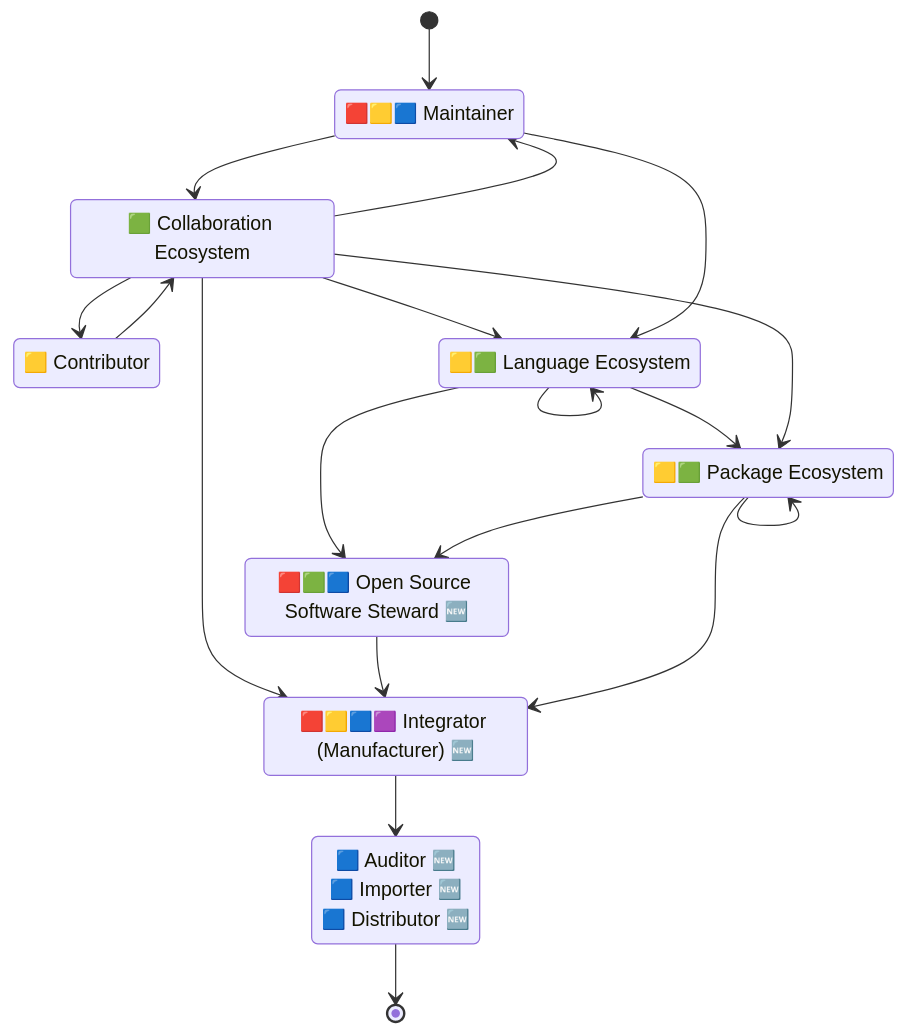
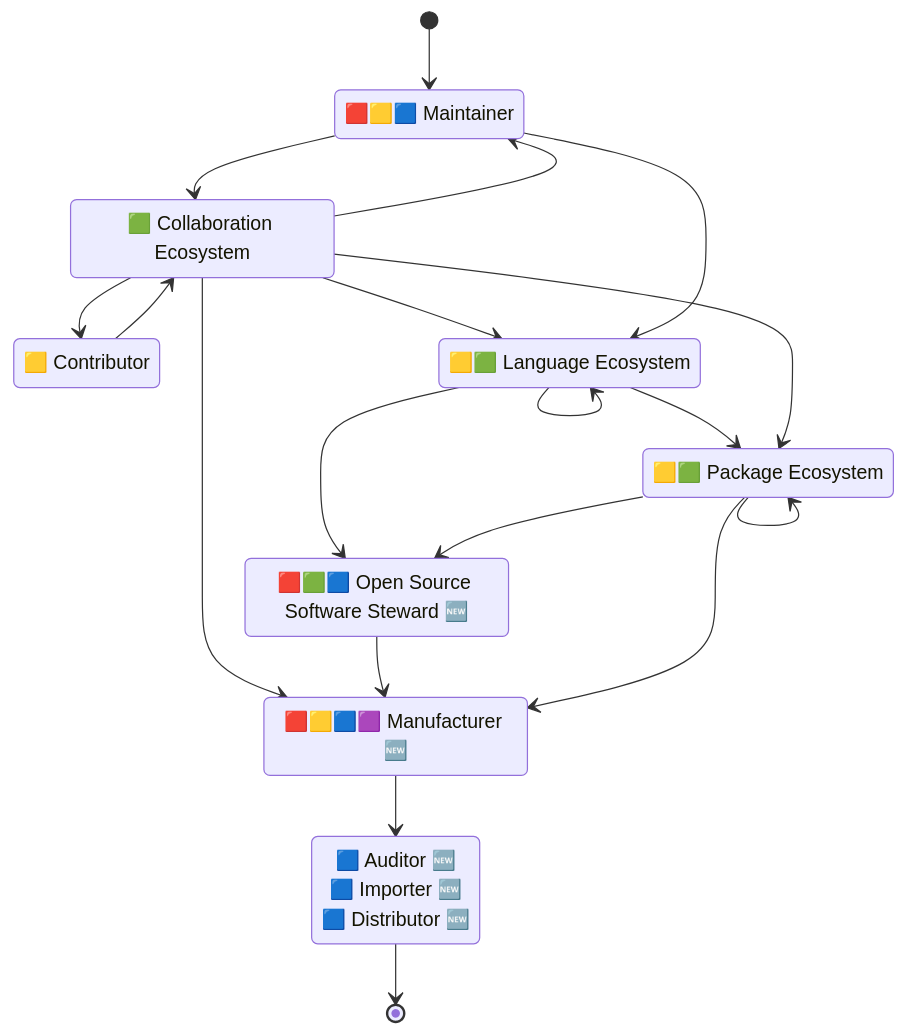
One commit to CPAN-Security/security.metacpan.org changed the second of 5 diagrams in docs/supplychain-sbom.md. Above: the diagram before and after it, drawn with Mermaid. The commit also changed other lines of this file, not shown here.

````diff
--- a/docs/supplychain-sbom.md
+++ b/docs/supplychain-sbom.md
@@ -127,37 +127,37 @@
 ```mermaid
 stateDiagram-v2
     direction TB
 
     state "🟥🟨🟦 Maintainer" as environment_maintainer
     state "🟨 Contributor" as environment_contributor
     state "🟩 Collaboration Ecosystem" as ecosystem_repo
     state "🟨🟩 Language Ecosystem" as ecosystem_lang
     state "🟨🟩 Package Ecosystem" as ecosystem_package
     %%state "🟥 Attestation Authority 🆕" as authority_attestation
     state "🟥🟩🟦 Open Source Software Steward 🆕" as ecosystem_steward
-    state "🟥🟨🟦🟪 Integrator (Manufacturer) 🆕" as environment_manufacturer
+    state "🟥🟨🟦🟪 Manufacturer 🆕" as environment_manufacturer
     state "🟦 Auditor 🆕<br>🟦 Importer 🆕<br>🟦 Distributor 🆕" as authority_auditor
 
     [*]                      --> environment_maintainer
     ecosystem_repo           --> environment_maintainer
     ecosystem_repo           --> environment_contributor
     ecosystem_lang           --> ecosystem_package
     ecosystem_repo           --> ecosystem_package
     ecosystem_repo           --> ecosystem_lang
     ecosystem_repo           --> environment_manufacturer
     environment_maintainer   --> ecosystem_repo
     environment_maintainer   --> ecosystem_lang
     environment_contributor  --> ecosystem_repo
     %%authority_attestation    --> ecosystem_steward
     ecosystem_package        --> ecosystem_package
     ecosystem_lang           --> ecosystem_steward
     ecosystem_package        --> ecosystem_steward
     ecosystem_steward        --> environment_manufacturer
     environment_manufacturer --> authority_auditor
     ecosystem_package        --> environment_manufacturer
     ecosystem_lang           --> ecosystem_lang
     authority_auditor        --> [*]
 
     %% Copyright © 2024 Salve J. Nilsen <sjn@oslo.pm>
     %% Some rights reserved. Licensed CC-BY-SA-4.0
 ```
````
